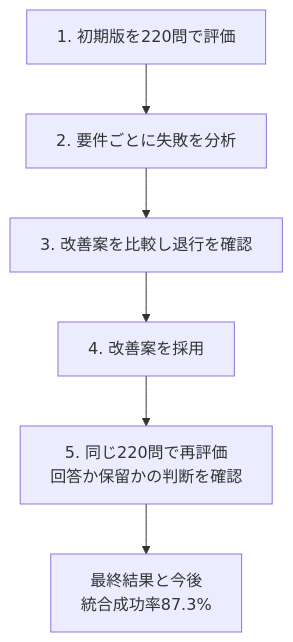
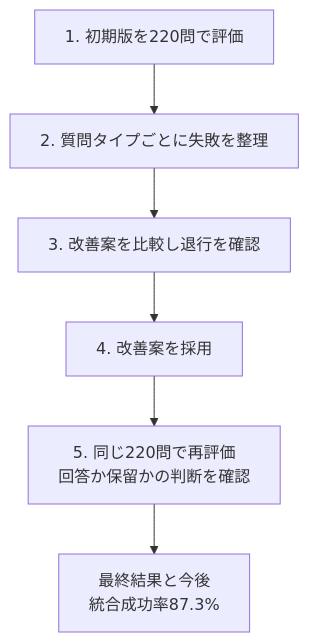
The diagram in README.md (toko1970/municipal-rag-assistant), drawn with Mermaid before and after one commit. The commit also changed other lines of this file, not shown here.

Commit message:
docs: clarify RAG accuracy improvement flow

````diff
--- a/README.md
+++ b/README.md
@@ -30,11 +30,11 @@
 ```mermaid
 %%{init: {"flowchart": {"wrappingWidth": 300, "minNodeWidth": 260}}}%%
 flowchart TD
     A[1. 初期版を220問で評価]
-    B[2. 要件ごとに失敗を分析]
+    B[2. 質問タイプごとに失敗を整理]
     C[3. 改善案を比較し退行を確認]
     D[4. 改善案を採用]
     E[5. 同じ220問で再評価<br/>回答か保留かの判断を確認]
     F[最終結果と今後<br/>統合成功率87.3%]
     A --> B --> C --> D --> E --> F
 ```
````
